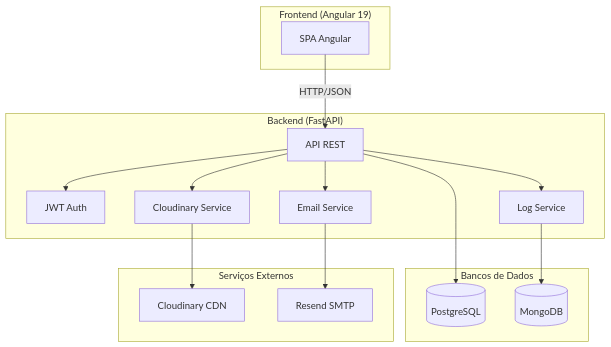
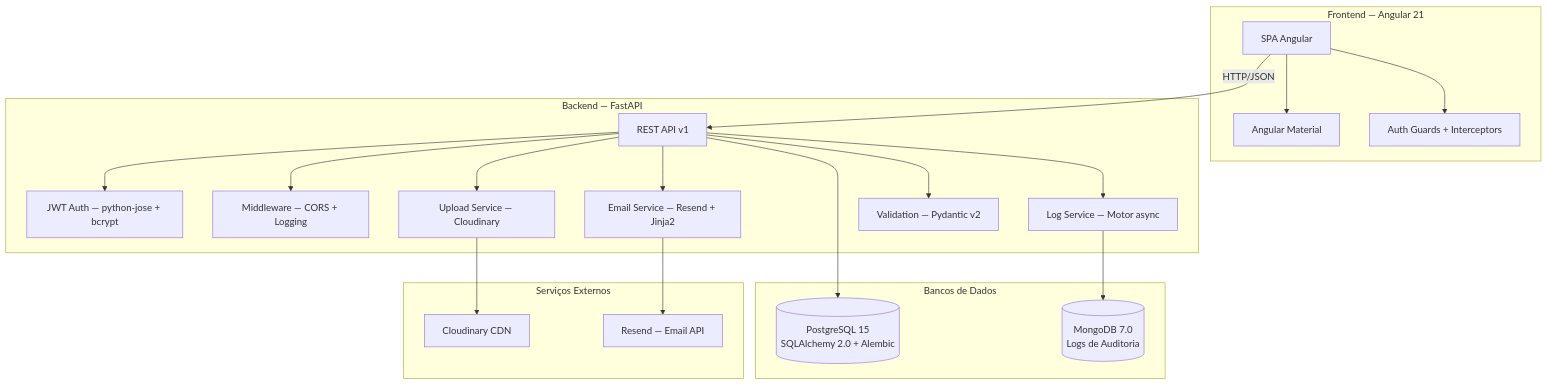
Before and after one commit to felipe-gomes0/astrocode-teste: the first of 5 diagrams in README.md, drawn with Mermaid. The commit also changed other lines of this file, not shown here.

````diff
--- a/README.md
+++ b/README.md
@@ -21,34 +268,42 @@
 ```mermaid
 graph TB
-    subgraph "Frontend (Angular 19)"
+    subgraph "Frontend — Angular 21"
         FE[SPA Angular]
+        MAT[Angular Material]
+        GUARD[Auth Guards + Interceptors]
     end
 
-    subgraph "Backend (FastAPI)"
-        API[API REST]
-        AUTH[JWT Auth]
-        EMAIL[Email Service]
-        UPLOAD[Cloudinary Service]
-        LOG[Log Service]
+    subgraph "Backend — FastAPI"
+        API[REST API v1]
+        AUTH[JWT Auth — python-jose + bcrypt]
+        MW[Middleware — CORS + Logging]
+        EMAIL[Email Service — Resend + Jinja2]
+        UPLOAD[Upload Service — Cloudinary]
+        LOG[Log Service — Motor async]
+        VALID[Validation — Pydantic v2]
     end
 
     subgraph "Bancos de Dados"
-        PG[(PostgreSQL)]
-        MG[(MongoDB)]
+        PG[(PostgreSQL 15<br/>SQLAlchemy 2.0 + Alembic)]
+        MG[(MongoDB 7.0<br/>Logs de Auditoria)]
     end
 
     subgraph "Serviços Externos"
         CLD[Cloudinary CDN]
-        RS[Resend SMTP]
+        RS[Resend — Email API]
     end
 
-    FE -->|HTTP/JSON| API
+    FE --> |HTTP/JSON| API
+    FE --> MAT
+    FE --> GUARD
     API --> AUTH
+    API --> MW
+    API --> VALID
     API --> PG
     API --> EMAIL
     API --> UPLOAD
     API --> LOG
     LOG --> MG
     EMAIL --> RS
     UPLOAD --> CLD
 ```
````
